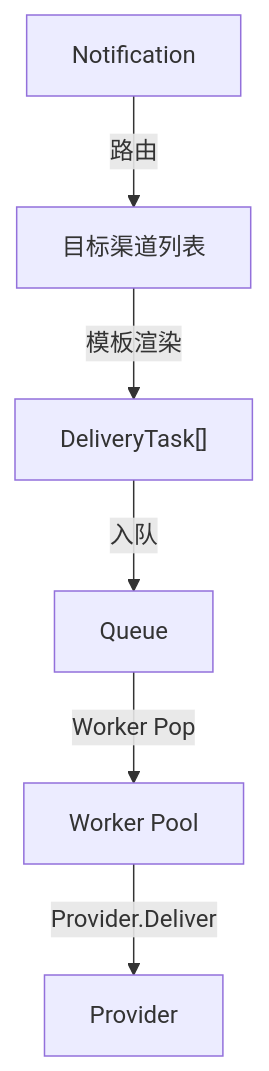
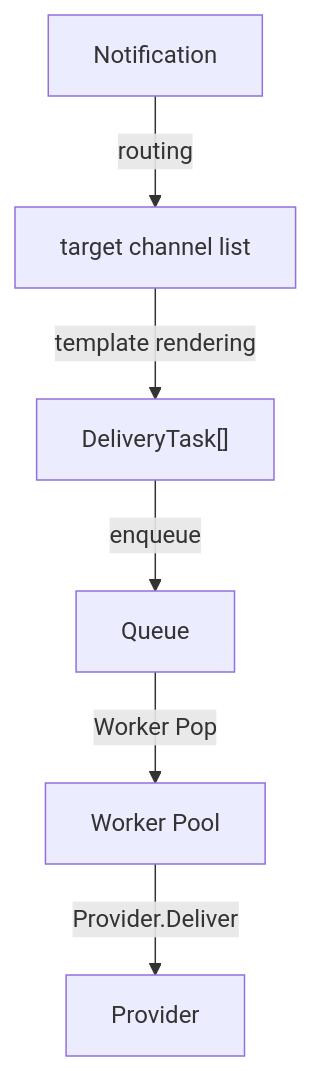
One commit to cuihairu/herald changed the second of 2 diagrams in docs/architecture/core-design.md. Above: the diagram before and after it, drawn with Mermaid. The commit also changed other lines of this file and 178 other files, not shown here.

````diff
--- a/docs/architecture/core-design.md
+++ b/docs/architecture/core-design.md
@@ -62,8 +60,8 @@
 ```mermaid
 graph TB
-    N["Notification"] -->|路由| Channels["目标渠道列表"]
-    Channels -->|模板渲染| Tasks["DeliveryTask[]"]
-    Tasks -->|入队| Q["Queue"]
+    N["Notification"] -->|routing| Channels["target channel list"]
+    Channels -->|template rendering| Tasks["DeliveryTask[]"]
+    Tasks -->|enqueue| Q["Queue"]
     Q -->|Worker Pop| WP["Worker Pool"]
     WP -->|Provider.Deliver| Provider["Provider"]
 ```
````
